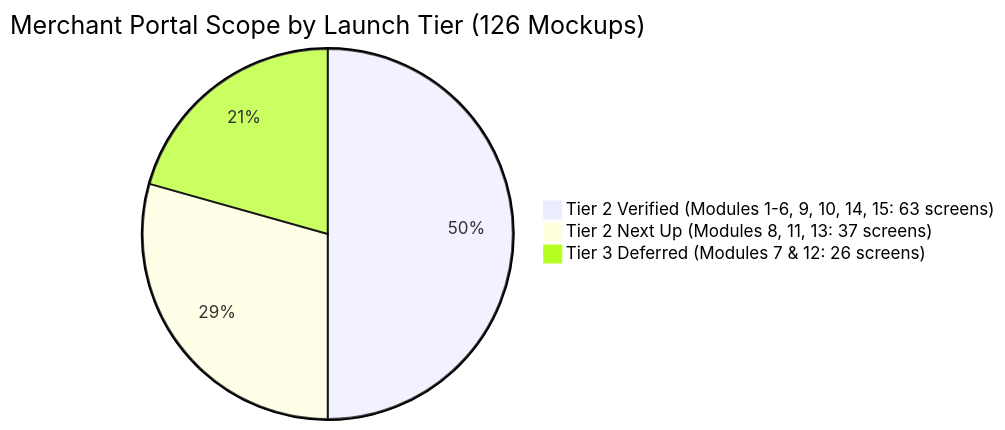
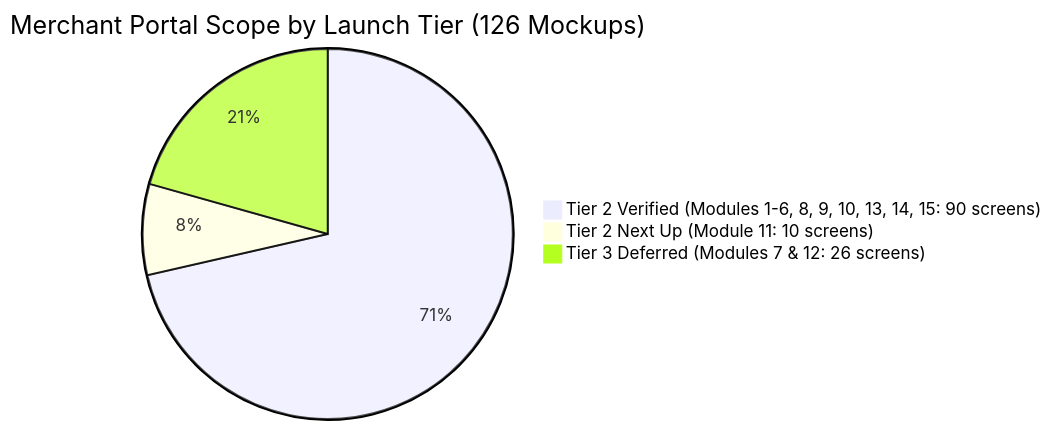
Before and after one commit to UtkarshShrivastava1/qucom-platform-root: the first of 3 diagrams in merchant_web_hardening_tracker.md, drawn with Mermaid. The commit also changed other lines of this file and 27 other files, not shown here.

````diff
--- a/merchant_web_hardening_tracker.md
+++ b/merchant_web_hardening_tracker.md
@@ -24,6 +24,6 @@
 ```mermaid
 pie title Merchant Portal Scope by Launch Tier (126 Mockups)
-    "Tier 2 Verified (Modules 1-6, 9, 10, 14, 15: 63 screens)" : 63
-    "Tier 2 Next Up (Modules 8, 11, 13: 37 screens)" : 37
+    "Tier 2 Verified (Modules 1-6, 8, 9, 10, 13, 14, 15: 90 screens)" : 90
+    "Tier 2 Next Up (Module 11: 10 screens)" : 10
     "Tier 3 Deferred (Modules 7 & 12: 26 screens)" : 26
 ```
````
